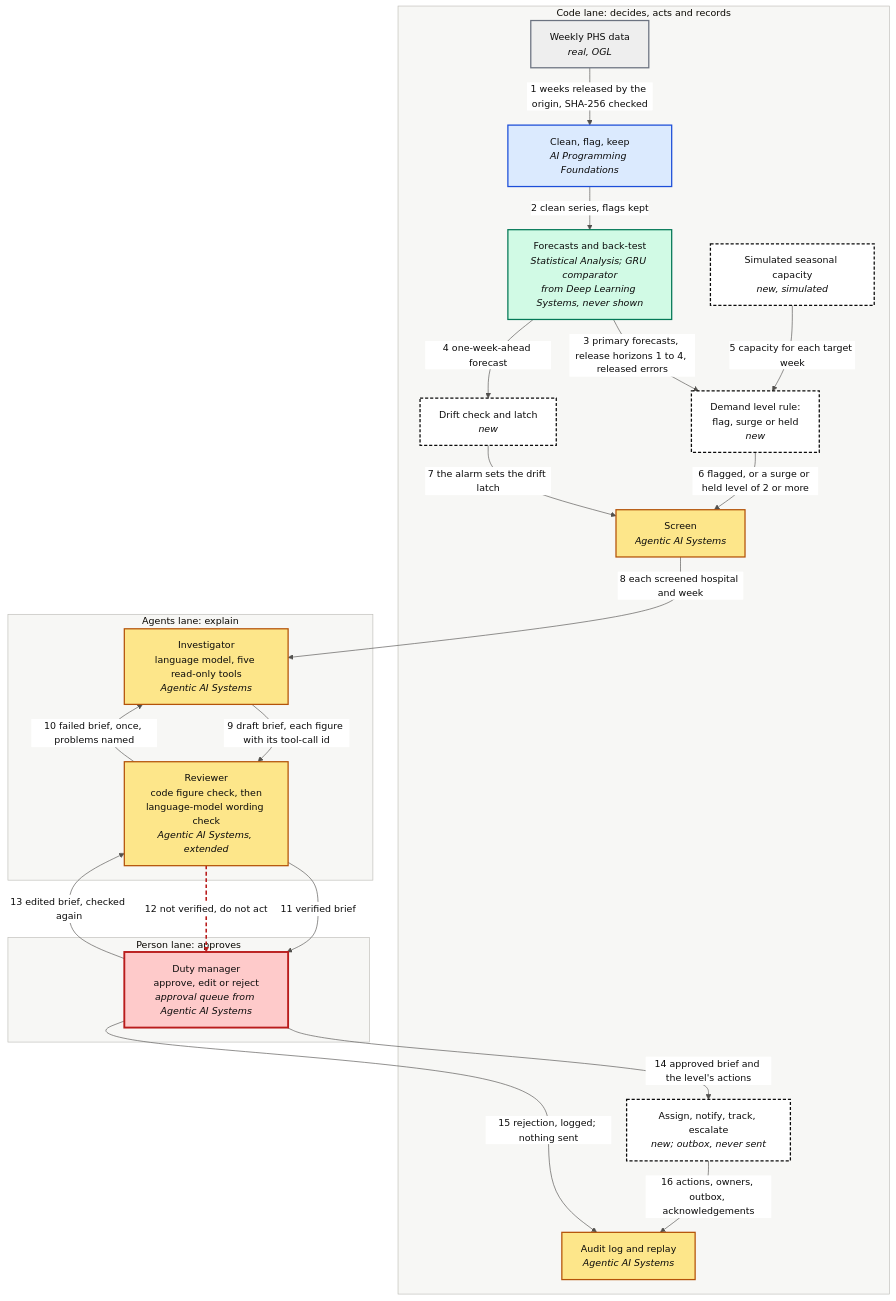
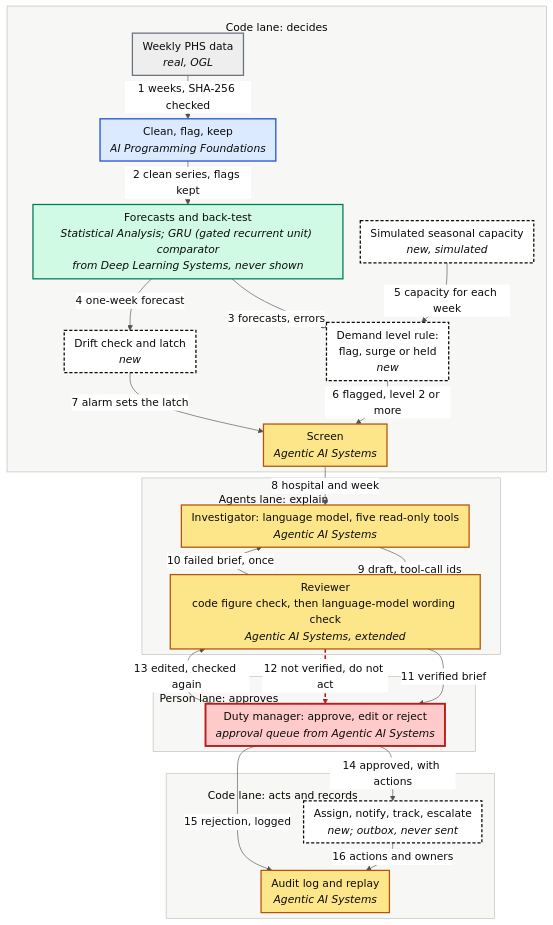
Before and after one commit to PaddyGilliland1/industry-integrated-ai-system-synthesis-old: the diagram in diagram/architecture.mmd, drawn with Mermaid. The commit also changed 10 other files, not shown here.

First line of the commit message:
Redraw Figures 1, 2, 3 and 5 so their smallest text prints at 8 pt or more at a 16 cm column

```diff
--- a/diagram/architecture.mmd
+++ b/diagram/architecture.mmd
@@ -1,70 +1,81 @@
 ---
 config:
   theme: base
   themeVariables:
-    fontSize: 15px
+    fontSize: 17px
     fontFamily: "DejaVu Sans, Arial, sans-serif"
     primaryTextColor: "#0b0b0b"
     lineColor: "#52514e"
     edgeLabelBackground: "#ffffff"
     clusterBkg: "#f7f7f5"
     clusterBorder: "#bdbcb6"
   flowchart:
     curve: basis
     htmlLabels: true
-    nodeSpacing: 28
-    rankSpacing: 46
+    wrappingWidth: 460
+    nodeSpacing: 20
+    rankSpacing: 18
+    padding: 8
+    subGraphTitleMargin:
+      top: 22
+      bottom: 12
 ---
 flowchart TB
 %% Figure 1: code decides, the agents explain, a person approves. Each arrow's
-%% number is its row in the case study's interaction table, and each box names
-%% the prior project it comes from, or says it is new in this project. The
-%% lanes set no direction of their own, since Mermaid then draws a link into a
-%% lane to the lane's edge rather than to its box.
-  subgraph CODE["Code lane: decides, acts and records"]
+%% number is its row in the case study's interaction table, which says in full
+%% what each arrow carries, and each box names the prior project it comes from,
+%% or says it is new in this project. The code lane is drawn in two parts,
+%% before and after the person decides, so the figure stands portrait and its
+%% smallest text prints at 8 pt or more at a 16 cm column. The lanes set no
+%% direction of their own, since Mermaid then draws a link into a lane to the
+%% lane's edge; the spaces after three lane titles move each title off the
+%% arrow that enters its lane.
+  subgraph CODE["Code lane: decides"]
     DATA["Weekly PHS data<br/><i>real, OGL</i>"]
     CLEAN["Clean, flag, keep<br/><i>AI Programming Foundations</i>"]
-    FC["Forecasts and back-test<br/><i>Statistical Analysis; GRU comparator<br/>from Deep Learning Systems, never shown</i>"]
+    FC["Forecasts and back-test<br/><i>Statistical Analysis; GRU (gated recurrent unit) comparator<br/>from Deep Learning Systems, never shown</i>"]
     CAP["Simulated seasonal capacity<br/><i>new, simulated</i>"]
     LEVEL["Demand level rule:<br/>flag, surge or held<br/><i>new</i>"]
     DRIFT["Drift check and latch<br/><i>new</i>"]
     SCREEN["Screen<br/><i>Agentic AI Systems</i>"]
+  end
+  subgraph AGENTS["Agents lane: explain&nbsp;&nbsp;&nbsp;&nbsp;&nbsp;&nbsp;&nbsp;&nbsp;&nbsp;&nbsp;&nbsp;&nbsp;&nbsp;&nbsp;&nbsp;&nbsp;&nbsp;&nbsp;&nbsp;&nbsp;&nbsp;&nbsp;&nbsp;&nbsp;&nbsp;&nbsp;&nbsp;&nbsp;"]
+    INV["Investigator: language model, five read-only tools<br/><i>Agentic AI Systems</i>"]
+    REV["Reviewer<br/>code figure check, then language-model wording check<br/><i>Agentic AI Systems, extended</i>"]
+  end
+  subgraph PERSON["Person lane: approves&nbsp;&nbsp;&nbsp;&nbsp;&nbsp;&nbsp;&nbsp;&nbsp;&nbsp;&nbsp;&nbsp;&nbsp;&nbsp;&nbsp;&nbsp;&nbsp;&nbsp;&nbsp;&nbsp;&nbsp;&nbsp;&nbsp;&nbsp;&nbsp;&nbsp;&nbsp;&nbsp;&nbsp;&nbsp;&nbsp;&nbsp;&nbsp;&nbsp;&nbsp;&nbsp;&nbsp;&nbsp;&nbsp;&nbsp;&nbsp;&nbsp;&nbsp;&nbsp;&nbsp;&nbsp;&nbsp;&nbsp;&nbsp;&nbsp;&nbsp;&nbsp;&nbsp;&nbsp;&nbsp;&nbsp;&nbsp;"]
+    MGR["Duty manager: approve, edit or reject<br/><i>approval queue from Agentic AI Systems</i>"]
+  end
+  subgraph RECORD["Code lane: acts and records&nbsp;&nbsp;&nbsp;&nbsp;&nbsp;&nbsp;&nbsp;&nbsp;&nbsp;&nbsp;&nbsp;&nbsp;&nbsp;&nbsp;&nbsp;&nbsp;&nbsp;&nbsp;&nbsp;&nbsp;&nbsp;&nbsp;&nbsp;&nbsp;&nbsp;&nbsp;&nbsp;&nbsp;"]
     ACT["Assign, notify, track, escalate<br/><i>new; outbox, never sent</i>"]
     AUDIT["Audit log and replay<br/><i>Agentic AI Systems</i>"]
   end
-  subgraph AGENTS["Agents lane: explain"]
-    INV["Investigator<br/>language model, five read-only tools<br/><i>Agentic AI Systems</i>"]
-    REV["Reviewer<br/>code figure check, then<br/>language-model wording check<br/><i>Agentic AI Systems, extended</i>"]
-  end
-  subgraph PERSON["Person lane: approves"]
-    MGR["Duty manager<br/>approve, edit or reject<br/><i>approval queue from Agentic AI Systems</i>"]
-  end
-  DATA -->|"1 weeks released by the origin, SHA-256 checked"| CLEAN
+  DATA -->|"1 weeks, SHA-256 checked"| CLEAN
   CLEAN -->|"2 clean series, flags kept"| FC
-  FC -->|"3 primary forecasts, release horizons 1 to 4, released errors"| LEVEL
-  FC -->|"4 one-week-ahead forecast"| DRIFT
-  CAP -->|"5 capacity for each target week"| LEVEL
-  LEVEL -->|"6 flagged, or a surge or held level of 2 or more"| SCREEN
-  DRIFT -->|"7 the alarm sets the drift latch"| SCREEN
-  SCREEN -->|"8 each screened hospital and week"| INV
-  INV -->|"9 draft brief, each figure with its tool-call id"| REV
-  REV -->|"10 failed brief, once, problems named"| INV
+  FC -->|"3 forecasts, errors"| LEVEL
+  FC -->|"4 one-week forecast"| DRIFT
+  CAP -->|"5 capacity for each week"| LEVEL
+  LEVEL -->|"6 flagged, level 2 or more"| SCREEN
+  DRIFT -->|"7 alarm sets the latch"| SCREEN
+  SCREEN -->|"8 hospital and week"| INV
+  INV -->|"9 draft, tool-call ids"| REV
+  REV -->|"10 failed brief, once"| INV
   REV -->|"11 verified brief"| MGR
   REV -->|"12 not verified, do not act"| MGR
-  MGR -->|"13 edited brief, checked again"| REV
-  MGR -->|"14 approved brief and the level's actions"| ACT
-  MGR -->|"15 rejection, logged; nothing sent"| AUDIT
-  ACT -->|"16 actions, owners, outbox, acknowledgements"| AUDIT
+  MGR -->|"13 edited, checked again"| REV
+  MGR -->|"14 approved, with actions"| ACT
+  MGR -->|"15 rejection, logged"| AUDIT
+  ACT -->|"16 actions and owners"| AUDIT
   classDef data fill:#eeeeee,stroke:#6b7280,stroke-width:2px
   classDef apf fill:#dbeafe,stroke:#1d4ed8,stroke-width:2px
   classDef stat fill:#d1fae5,stroke:#047857,stroke-width:2px
   classDef agentic fill:#fde68a,stroke:#b45309,stroke-width:2px
   classDef new fill:#ffffff,stroke:#0b0b0b,stroke-width:2px,stroke-dasharray:5 3
   classDef person fill:#fecaca,stroke:#b91c1c,stroke-width:3px
   class DATA data
   class CLEAN apf
   class FC stat
   class CAP,LEVEL,DRIFT,ACT new
   class SCREEN,INV,REV,AUDIT agentic
   class MGR person
   linkStyle 11 stroke:#b91c1c,stroke-width:2.5px,stroke-dasharray:6 4
```
